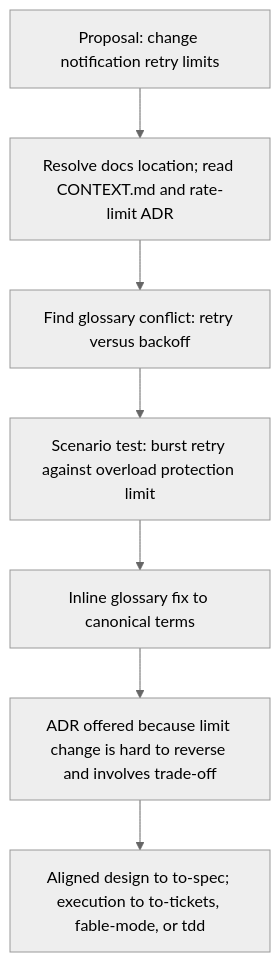
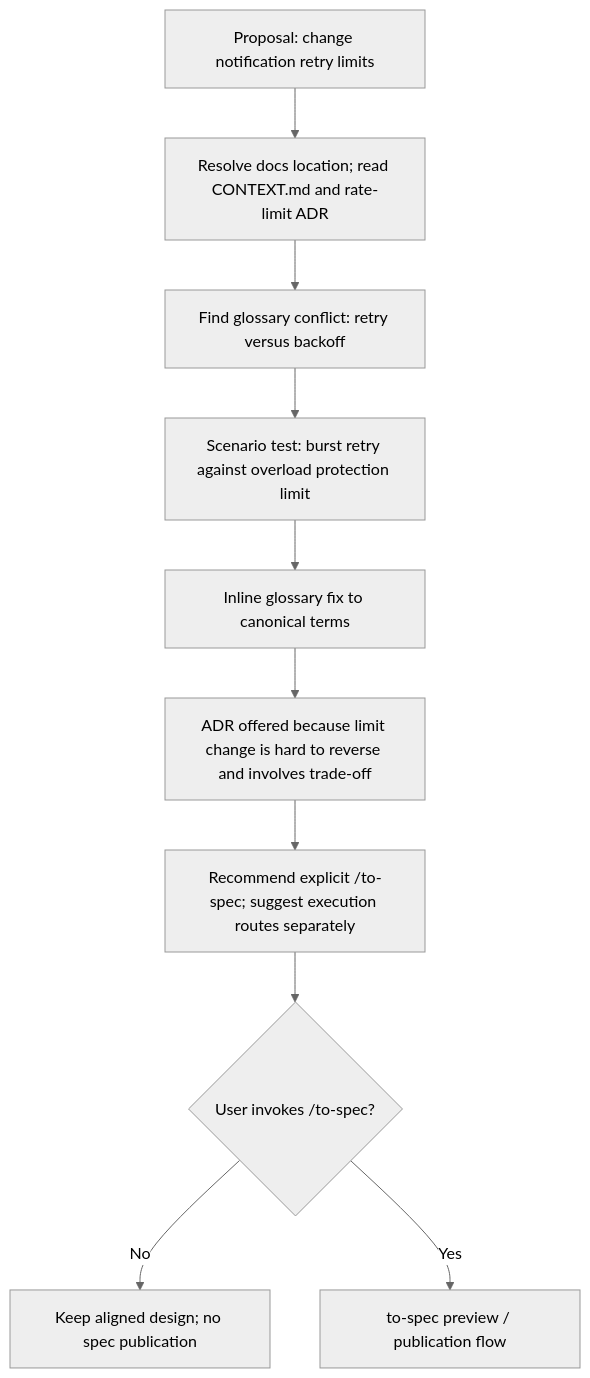
Before and after one commit to dyphn1/Harness-everything: the third of 3 diagrams in docs/workflows/grill-with-docs.md, drawn with Mermaid (neutral theme). The commit also changed other lines of this file, not shown here.

Commit message:
docs(grill): gate aligned handoff on explicit invocation

````diff
--- a/docs/workflows/grill-with-docs.md
+++ b/docs/workflows/grill-with-docs.md
@@ -36,9 +41,12 @@
 ```mermaid
 graph TD
   RetryProposal["Proposal: change notification retry limits"] --> ResolveDocs["Resolve docs location; read CONTEXT.md and rate-limit ADR"]
   ResolveDocs --> Conflict["Find glossary conflict: retry versus backoff"]
   Conflict --> Scenario["Scenario test: burst retry against overload protection limit"]
   Scenario --> GlossaryFix["Inline glossary fix to canonical terms"]
   GlossaryFix --> ADRDecision["ADR offered because limit change is hard to reverse and involves trade-off"]
-  ADRDecision --> AlignedHandoff["Aligned design to to-spec; execution to to-tickets, fable-mode, or tdd"]
+  ADRDecision --> Recommend["Recommend explicit /to-spec; suggest execution routes separately"]
+  Recommend --> Invoke{"User invokes /to-spec?"}
+  Invoke -->|No| End["Keep aligned design; no spec publication"]
+  Invoke -->|Yes| Spec["to-spec preview / publication flow"]
 ```
````
